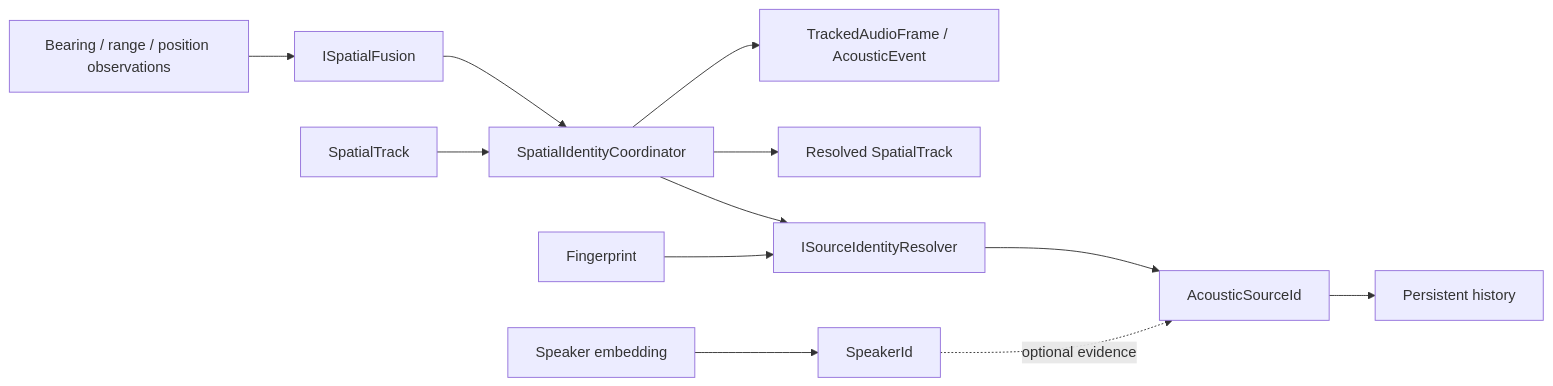
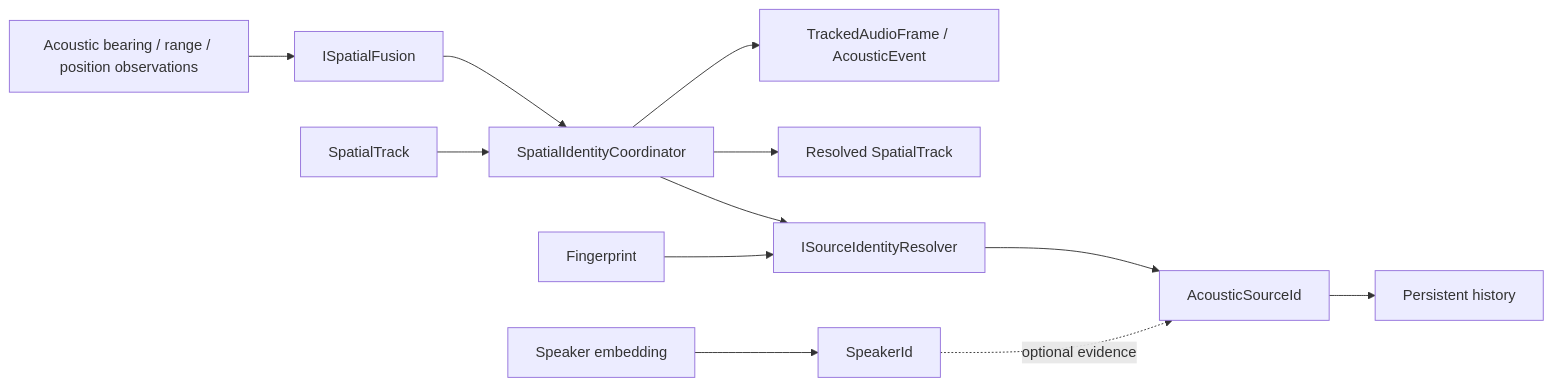
The second of 4 diagrams in docs/architecture.md (ARDev1161/libaudition), drawn with Mermaid before and after one commit. The commit also changed other lines of this file and 8 other files, not shown here.

````diff
--- a/docs/architecture.md
+++ b/docs/architecture.md
@@ -72,14 +85,14 @@
 ```mermaid
 flowchart LR
-    OBS[Bearing / range / position observations] --> F[ISpatialFusion]
+    OBS[Acoustic bearing / range / position observations] --> F[ISpatialFusion]
     F --> C[SpatialIdentityCoordinator]
     T[SpatialTrack] --> C
     C --> R[ISourceIdentityResolver]
     FP[Fingerprint] --> R
     R --> S[AcousticSourceId]
     C --> T2[Resolved SpatialTrack]
     C --> A[TrackedAudioFrame / AcousticEvent]
     S --> H[Persistent history]
     SP[Speaker embedding] --> P[SpeakerId]
     P -. optional evidence .-> S
 ```
````
